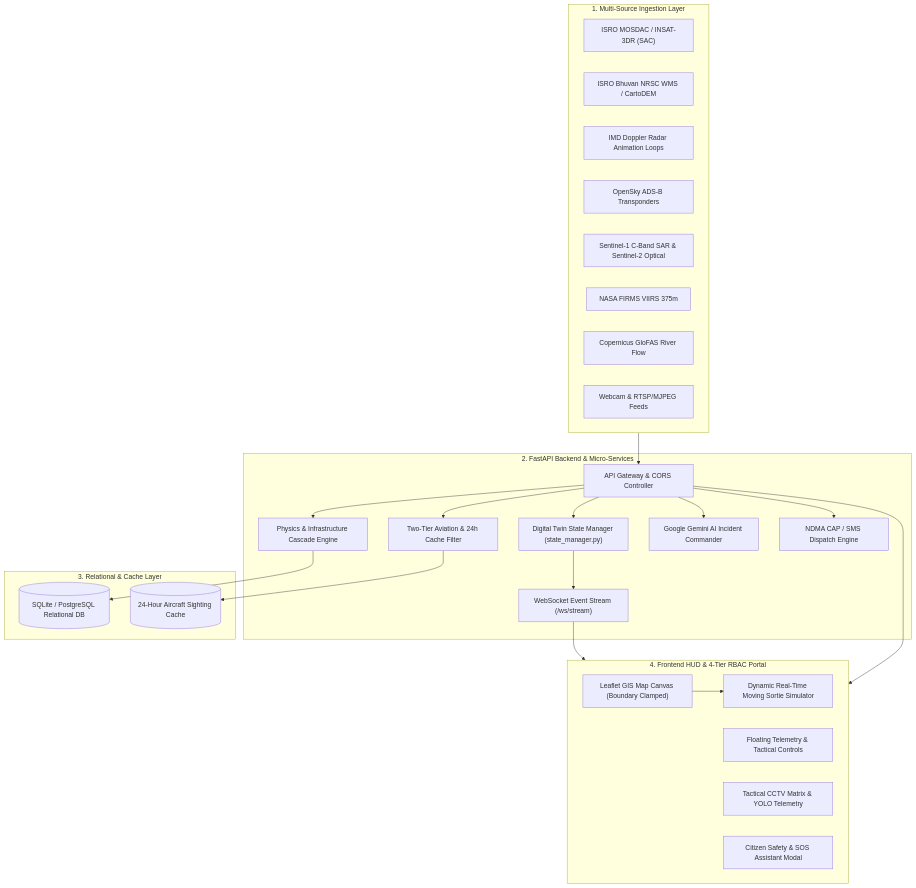
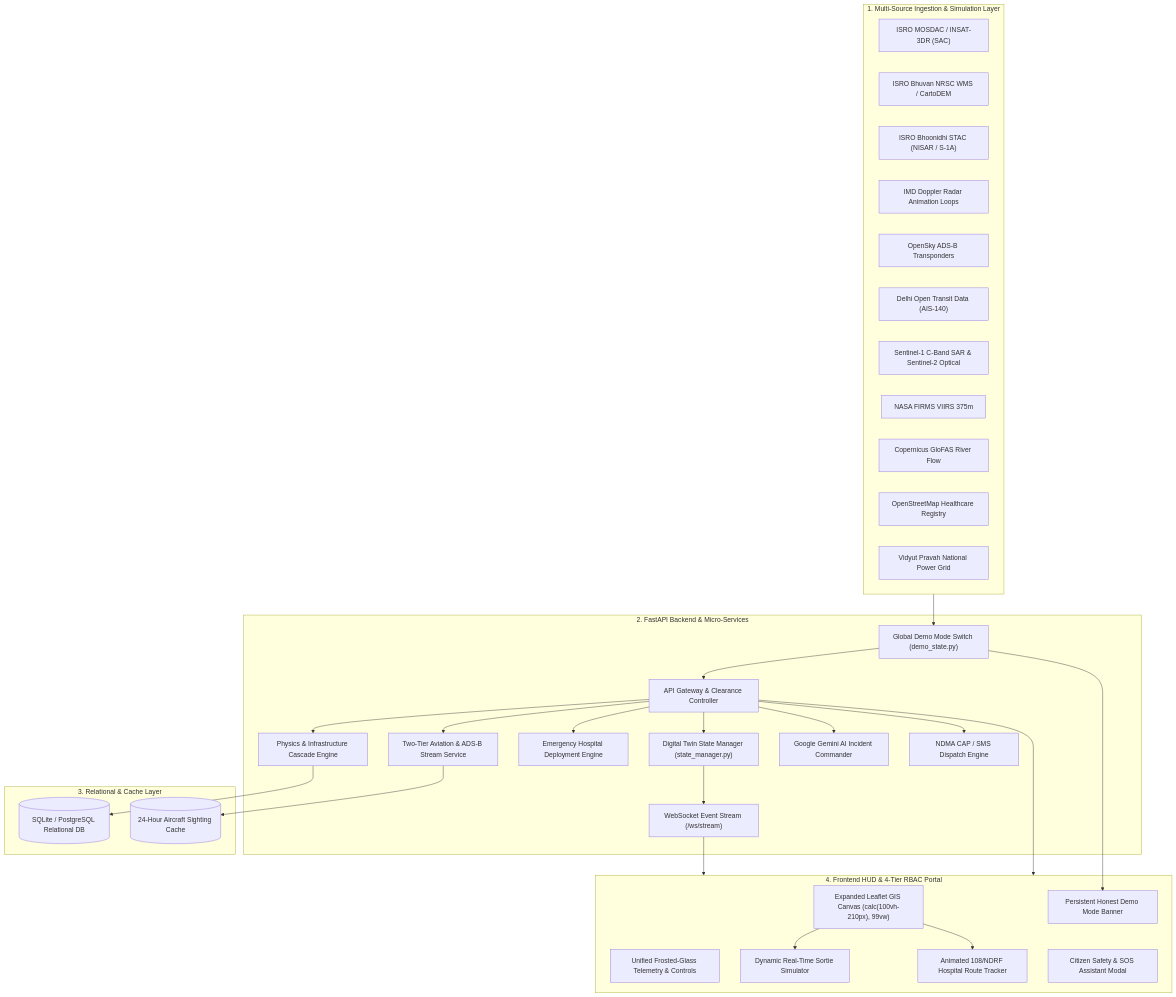
One commit to pnikhilchandra595-bot/Civic-Twin-AI changed the diagram in docs/SYSTEM_DESIGN_DOCUMENT.md. Above: the diagram before and after it, drawn with Mermaid. The commit also changed other lines of this file and 5 other files, not shown here.

Commit message:
docs: update requirements, system design, and overview specifications with latest architecture, emergency dispatch, and demo mode

````diff
--- a/docs/SYSTEM_DESIGN_DOCUMENT.md
+++ b/docs/SYSTEM_DESIGN_DOCUMENT.md
@@ -8,49 +8,59 @@
 ```mermaid
 graph TD
-    subgraph INGESTION ["1. Multi-Source Ingestion Layer"]
+    subgraph INGESTION ["1. Multi-Source Ingestion & Simulation Layer"]
         MOSDAC["ISRO MOSDAC / INSAT-3DR (SAC)"]
         BHUVAN["ISRO Bhuvan NRSC WMS / CartoDEM"]
+        BHOONIDHI["ISRO Bhoonidhi STAC (NISAR / S-1A)"]
         IMD["IMD Doppler Radar Animation Loops"]
         OPENSKY["OpenSky ADS-B Transponders"]
+        DELHI_OTD["Delhi Open Transit Data (AIS-140)"]
         SAR["Sentinel-1 C-Band SAR & Sentinel-2 Optical"]
         FIRMS["NASA FIRMS VIIRS 375m"]
         GLOFAS["Copernicus GloFAS River Flow"]
-        WEBCAM["Webcam & RTSP/MJPEG Feeds"]
+        HOSPITALS["OpenStreetMap Healthcare Registry"]
+        GRID["Vidyut Pravah National Power Grid"]
     end
 
     subgraph BACKEND_SERVICES ["2. FastAPI Backend & Micro-Services"]
-        ROUTER["API Gateway & CORS Controller"]
+        DEMO_STATE["Global Demo Mode Switch (demo_state.py)"]
+        ROUTER["API Gateway & Clearance Controller"]
         STATE_MGR["Digital Twin State Manager (state_manager.py)"]
-        AVIATION_SVC["Two-Tier Aviation & 24h Cache Filter"]
+        AVIATION_SVC["Two-Tier Aviation & ADS-B Stream Service"]
+        DISPATCH_SVC["Emergency Hospital Deployment Engine"]
         CASCADE_ENGINE["Physics & Infrastructure Cascade Engine"]
         GEMINI_AI["Google Gemini AI Incident Commander"]
         CAP_BROADCAST["NDMA CAP / SMS Dispatch Engine"]
         WS_HUB["WebSocket Event Stream (/ws/stream)"]
     end
 
     subgraph DATABASE ["3. Relational & Cache Layer"]
         SQLITE_DB[(SQLite / PostgreSQL Relational DB)]
         SIGHTING_CACHE[(24-Hour Aircraft Sighting Cache)]
     end
 
     subgraph CLIENT_INTERFACE ["4. Frontend HUD & 4-Tier RBAC Portal"]
-        MAP_ENGINE["Leaflet GIS Map Canvas (Boundary Clamped)"]
-        HUD_BAR["Floating Telemetry & Tactical Controls"]
-        SORTIE_SIM["Dynamic Real-Time Moving Sortie Simulator"]
-        CCTV_MATRIX["Tactical CCTV Matrix & YOLO Telemetry"]
+        MAP_ENGINE["Expanded Leaflet GIS Canvas (calc(100vh-210px), 99vw)"]
+        HUD_BAR["Unified Frosted-Glass Telemetry & Controls"]
+        SORTIE_SIM["Dynamic Real-Time Sortie Simulator"]
+        DISPATCH_SIM["Animated 108/NDRF Hospital Route Tracker"]
+        DEMO_BANNER["Persistent Honest Demo Mode Banner"]
         CITIZEN_PORTAL["Citizen Safety & SOS Assistant Modal"]
     end
 
-    INGESTION --> ROUTER
+    INGESTION --> DEMO_STATE
+    DEMO_STATE --> ROUTER
     ROUTER --> STATE_MGR
     ROUTER --> AVIATION_SVC
+    ROUTER --> DISPATCH_SVC
     ROUTER --> CASCADE_ENGINE
     ROUTER --> GEMINI_AI
     ROUTER --> CAP_BROADCAST
     AVIATION_SVC --> SIGHTING_CACHE
     CASCADE_ENGINE --> SQLITE_DB
     STATE_MGR --> WS_HUB
     WS_HUB --> CLIENT_INTERFACE
     ROUTER --> CLIENT_INTERFACE
     MAP_ENGINE --> SORTIE_SIM
+    MAP_ENGINE --> DISPATCH_SIM
+    DEMO_STATE --> DEMO_BANNER
 ```
````
